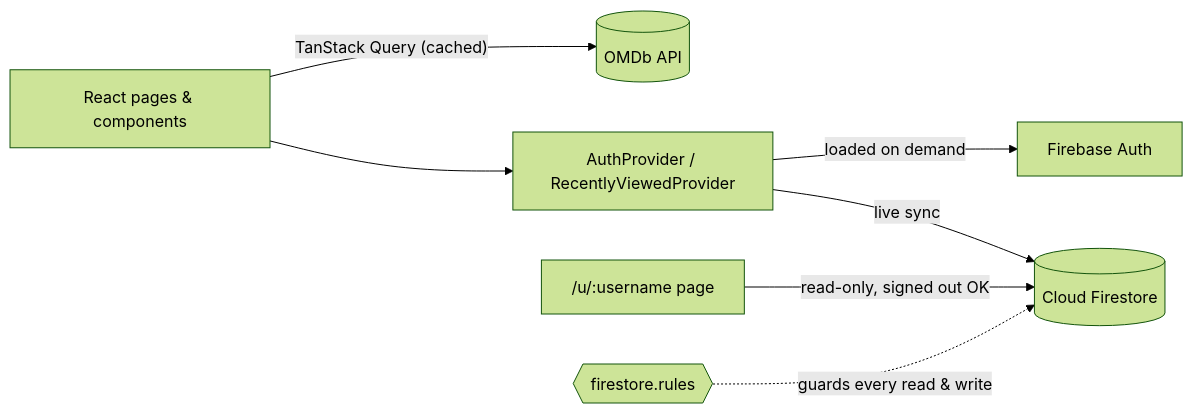
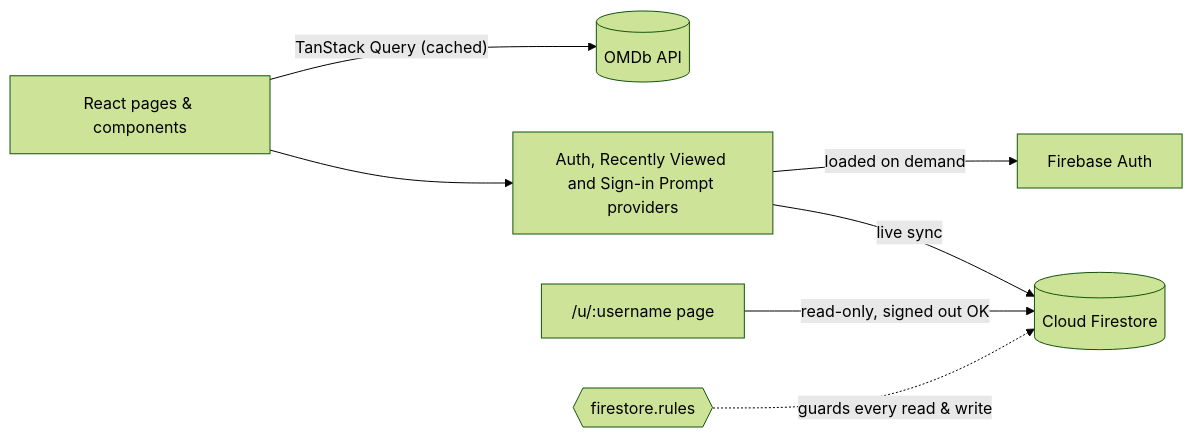
The diagram in README.md (Rishikapurbey/ShowTime), drawn with Mermaid (forest theme) before and after one commit. The commit also changed other lines of this file and 2 other files, not shown here.

````diff
--- a/README.md
+++ b/README.md
@@ -128,9 +129,9 @@
 ```mermaid
 flowchart LR
   UI["React pages & components"] -->|"TanStack Query (cached)"| OMDb[("OMDb API")]
-  UI --> Ctx["AuthProvider / RecentlyViewedProvider"]
+  UI --> Ctx["Auth, Recently Viewed and Sign-in Prompt providers"]
   Ctx -->|"loaded on demand"| Auth["Firebase Auth"]
   Ctx -->|"live sync"| FS[("Cloud Firestore")]
   Public["/u/:username page"] -->|"read-only, signed out OK"| FS
   Rules{{"firestore.rules"}} -.->|"guards every read & write"| FS
 ```
````
